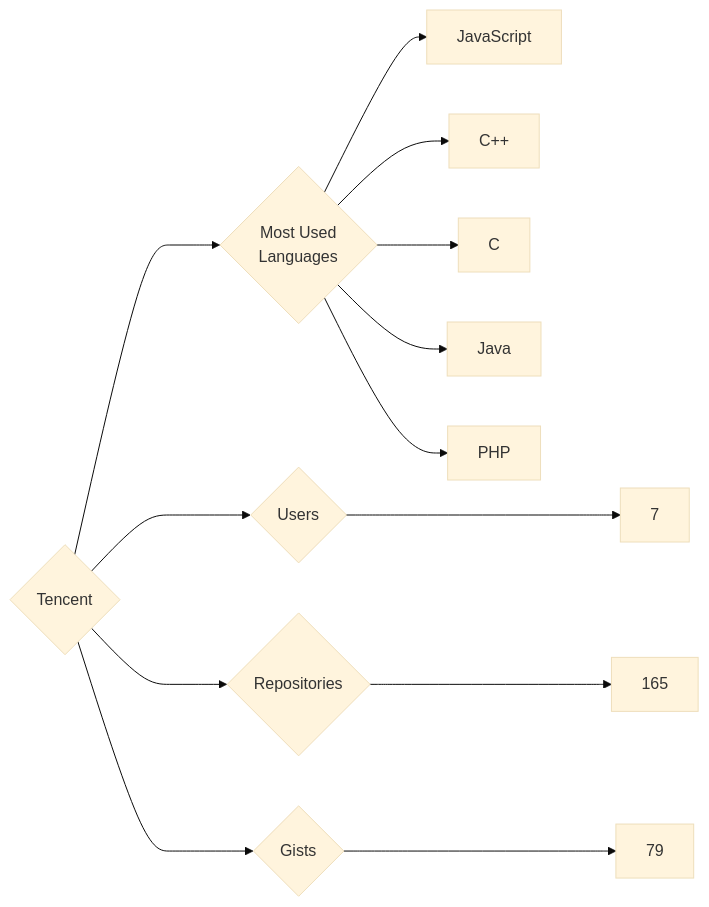
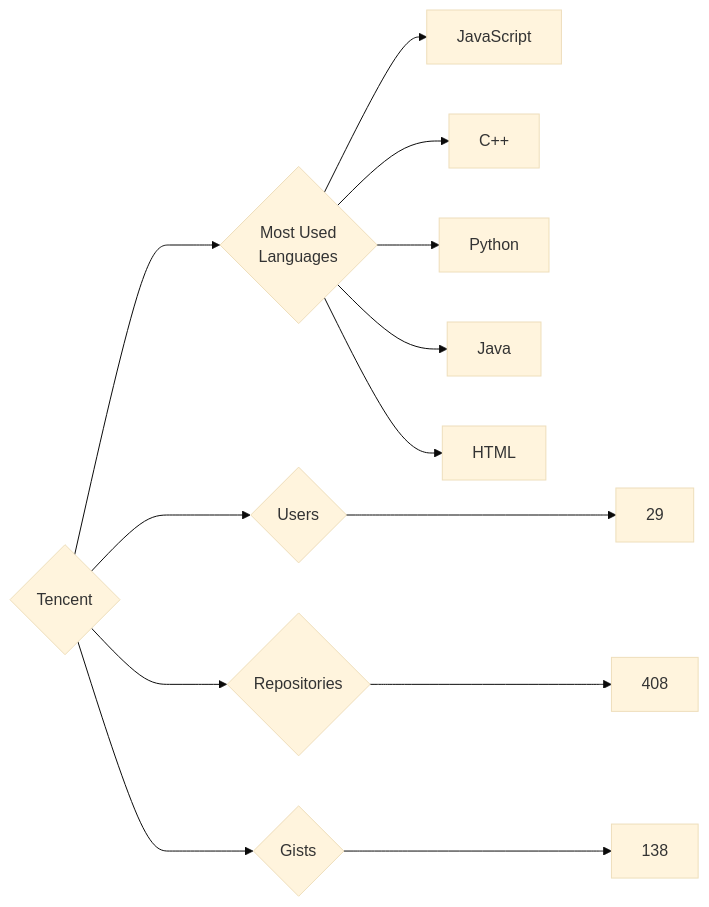
The diagram in targets/Tencent/README.md (trickest/insiders), drawn with Mermaid (base theme) before and after one commit. The commit also changed 886 other files, not shown here.

````diff
--- a/targets/Tencent/README.md
+++ b/targets/Tencent/README.md
@@ -3,13 +3,13 @@
 ```mermaid
 graph LR
 COMPANY_NAME{Tencent}
-COMPANY_NAME ---> U{Users} ---> UN[7]
-COMPANY_NAME ---> R{Repositories} ---> RN[165]
-COMPANY_NAME ---> G{Gists} ---> GN[79]
+COMPANY_NAME ---> U{Users} ---> UN[29]
+COMPANY_NAME ---> R{Repositories} ---> RN[408]
+COMPANY_NAME ---> G{Gists} ---> GN[138]
 COMPANY_NAME ---> ML{Most Used<br>Languages}
 ML --> JavaScript[JavaScript]
 ML --> C++[C++]
-ML --> C[C]
+ML --> Python[Python]
 ML --> Java[Java]
-ML --> PHP[PHP]
+ML --> HTML[HTML]
 ```
````
